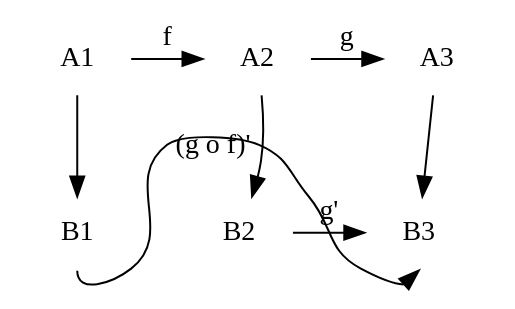
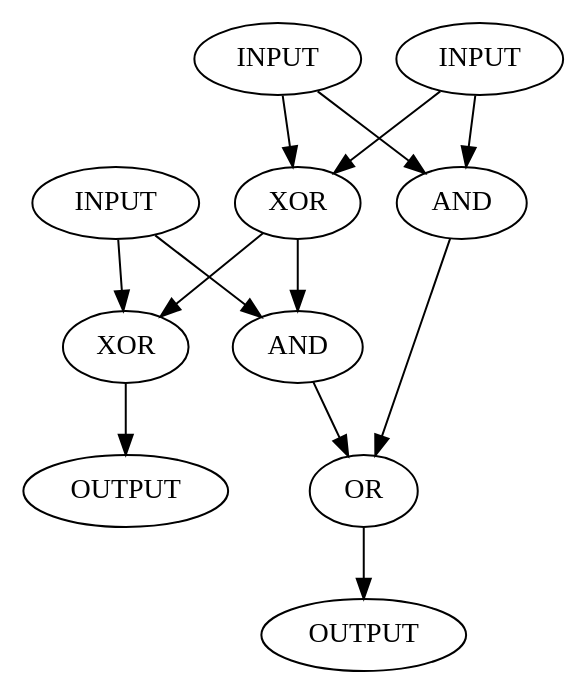
The diagram in EasyNet/DOT_TB0.dot (Wcbn38/EasyNet), drawn with Graphviz before and after one commit. The commit also changed 14 other files, not shown here.

```diff
--- a/EasyNet/DOT_TB0.dot
+++ b/EasyNet/DOT_TB0.dot
@@ -1,14 +1,32 @@
-digraph g {
-	node [shape=plaintext];
-	A1 -> B1;
-	A2 -> B2;
-	A3 -> B3;
-	
-	A1 -> A2 [label=f];
-	A2 -> A3 [label=g];
-	B2 -> B3 [label="g'"];
-	B1 -> B3 [label="(g o f)'" tailport=s headport=s];
+digraph test {
+	A [label = "INPUT"];
+	B [label = "INPUT"];
+	Cin [label = "INPUT"];
 
-	{ rank=same; A1 A2 A3 }
-	{ rank=same; B1 B2 B3 } 
+	Sum [label = "OUTPUT"];
+	Cout [label = "OUTPUT"];
+
+	XOR_1 [label = "XOR"];
+	XOR_2 [label = "XOR"];
+	AND_1 [label = "AND"];
+	AND_2 [label = "AND"];
+	OR_1 [label = "OR"];
+
+	A -> XOR_1;
+	B -> XOR_1;
+
+	XOR_1 -> XOR_2;
+	Cin -> XOR_2;
+	XOR_2 -> Sum;
+
+	XOR_1 -> AND_2;
+	Cin -> AND_2;
+
+	A -> AND_1;
+	B -> AND_1;
+
+	AND_1 -> OR_1;
+	AND_2 -> OR_1;
+
+	OR_1 -> Cout;
 }
```
